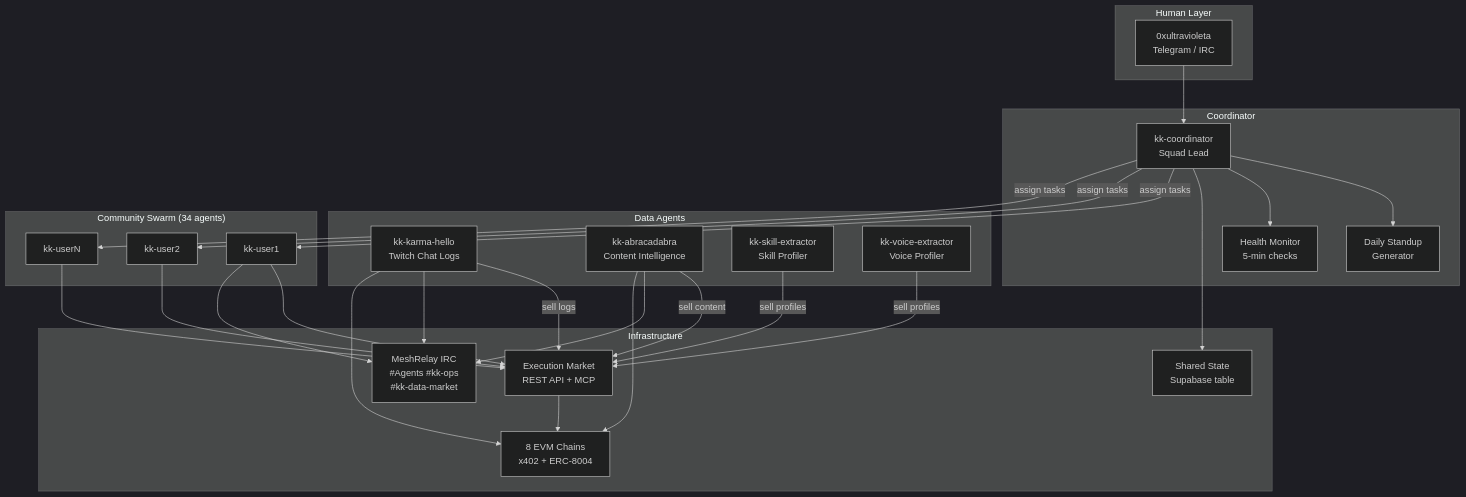
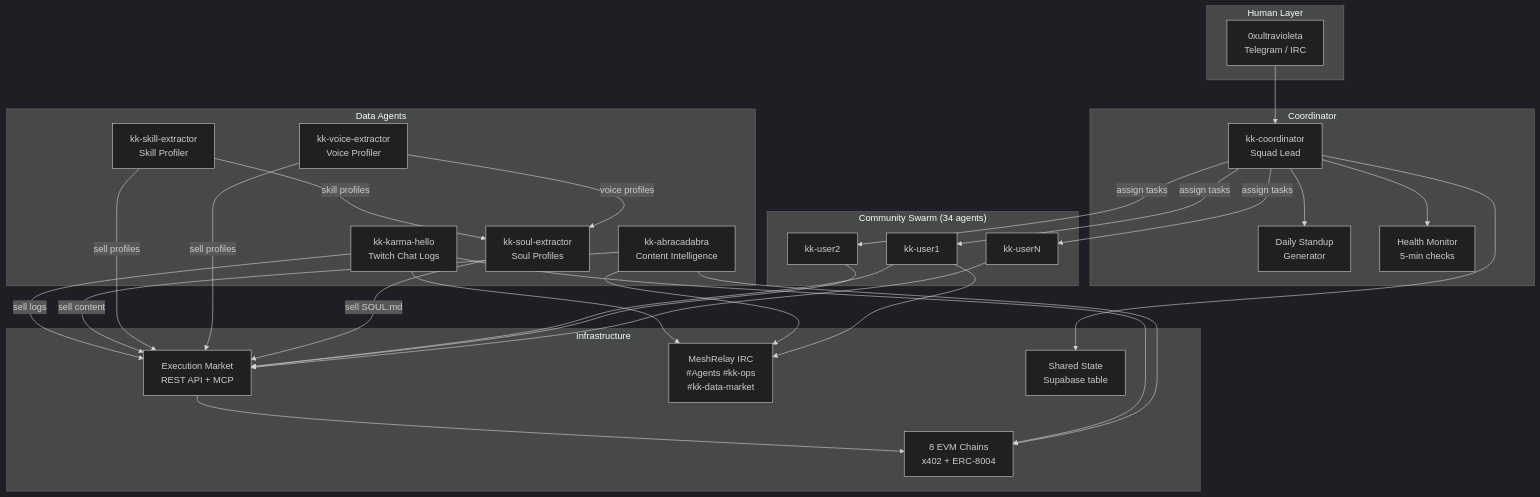
Before and after one commit to UltravioletaDAO/execution-market: the first of 4 diagrams in docs/planning/KK_MISSION_CONTROL_ARCHITECTURE.md, drawn with Mermaid (dark theme). The commit also changed other lines of this file and 7 other files, not shown here.

First line of the commit message:
feat: add KK V2 Phase 8 — Soul Extractor fusion, coordinator, swarm state

````diff
--- a/docs/planning/KK_MISSION_CONTROL_ARCHITECTURE.md
+++ b/docs/planning/KK_MISSION_CONTROL_ARCHITECTURE.md
@@ -46,58 +48,62 @@
 ```mermaid
 graph TD
     subgraph "Human Layer"
         USER[0xultravioleta<br/>Telegram / IRC]
     end
 
     subgraph "Coordinator"
         COORD[kk-coordinator<br/>Squad Lead]
         STANDUP[Daily Standup<br/>Generator]
         HEALTH[Health Monitor<br/>5-min checks]
     end
 
     subgraph "Data Agents"
         KH[kk-karma-hello<br/>Twitch Chat Logs]
         AB[kk-abracadabra<br/>Content Intelligence]
         SE[kk-skill-extractor<br/>Skill Profiler]
         VE[kk-voice-extractor<br/>Voice Profiler]
+        SE_SOUL[kk-soul-extractor<br/>Soul Profiles]
     end
 
     subgraph "Community Swarm (34 agents)"
         A1[kk-user1]
         A2[kk-user2]
         AN[kk-userN]
     end
 
     subgraph "Infrastructure"
         EM[Execution Market<br/>REST API + MCP]
         IRC[MeshRelay IRC<br/>#Agents #kk-ops<br/>#kk-data-market]
         STATE[Shared State<br/>Supabase table]
         CHAIN[8 EVM Chains<br/>x402 + ERC-8004]
     end
 
     USER --> COORD
     COORD --> STANDUP
     COORD --> HEALTH
     COORD --> STATE
 
     COORD -->|assign tasks| A1
     COORD -->|assign tasks| A2
     COORD -->|assign tasks| AN
 
     KH -->|sell logs| EM
     AB -->|sell content| EM
     SE -->|sell profiles| EM
     VE -->|sell profiles| EM
+    SE_SOUL -->|sell SOUL.md| EM
+    SE -->|skill profiles| SE_SOUL
+    VE -->|voice profiles| SE_SOUL
 
     A1 --> EM
     A2 --> EM
     AN --> EM
 
     KH --> IRC
     AB --> IRC
     A1 --> IRC
 
     EM --> CHAIN
     KH --> CHAIN
     AB --> CHAIN
 ```
````
